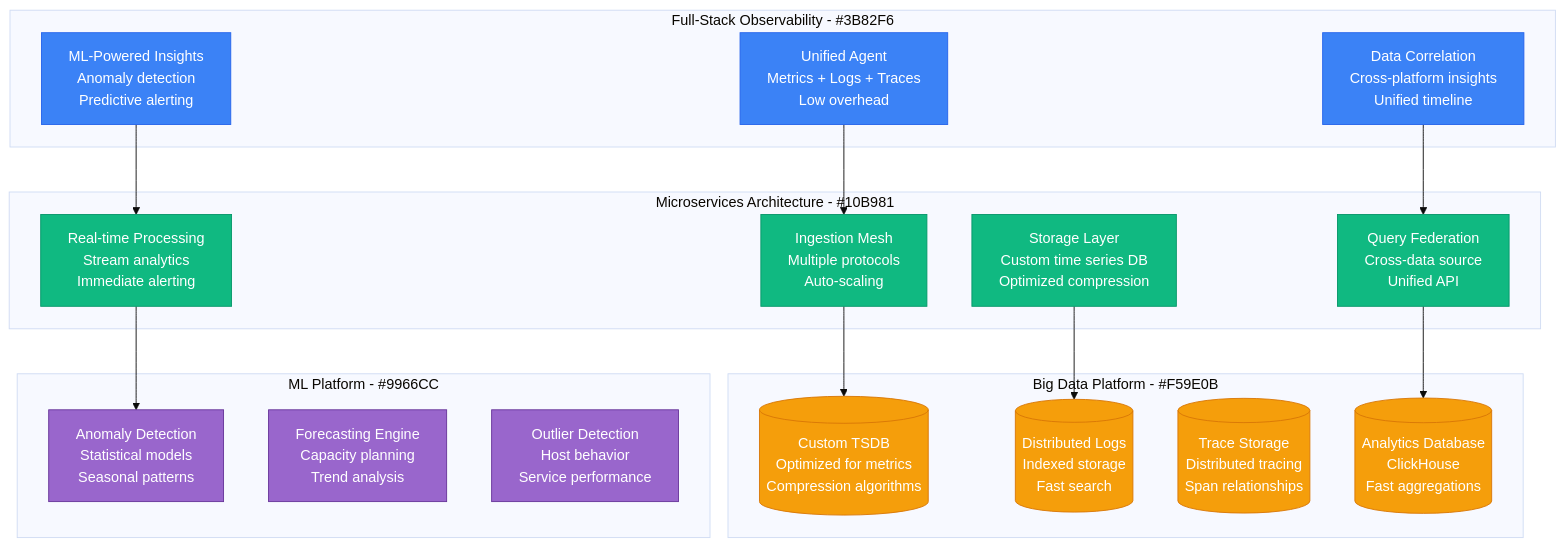
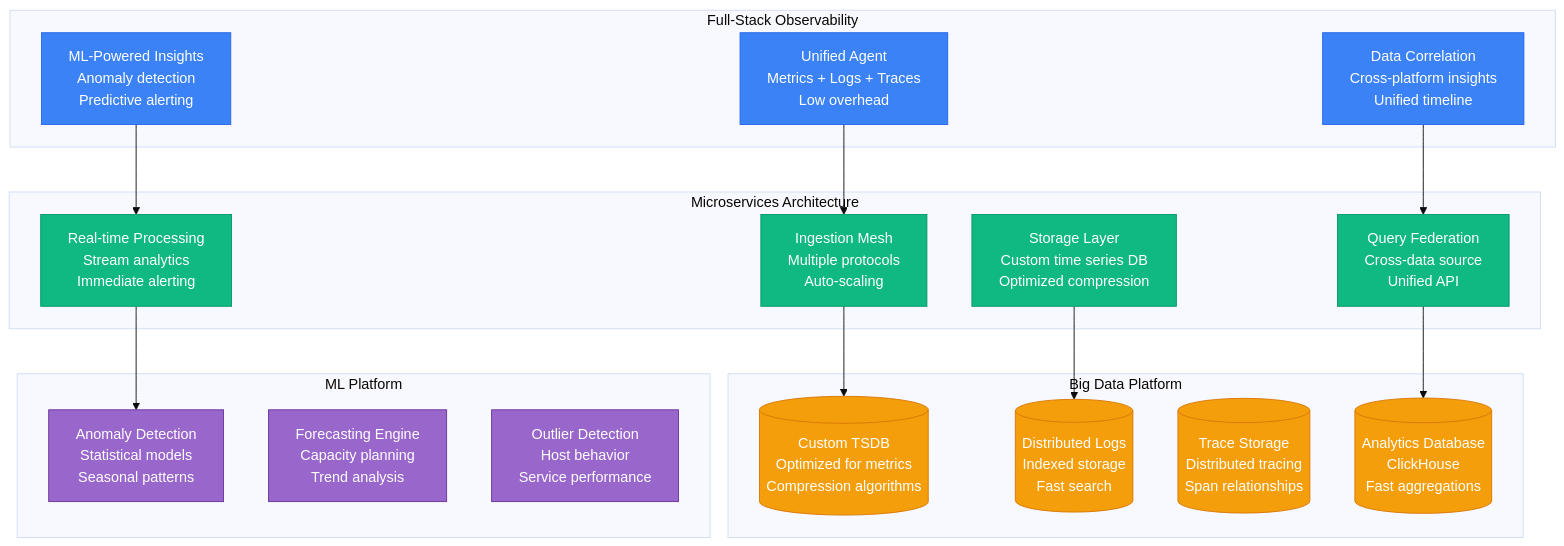
Before and after one commit to deepaucksharma/DS: the third of 3 diagrams in site/docs/scaling/datadog-scale-evolution.md, drawn with Mermaid (base theme). The commit also changed other lines of this file and 169 other files, not shown here.

````diff
--- a/site/docs/scaling/datadog-scale-evolution.md
+++ b/site/docs/scaling/datadog-scale-evolution.md
@@ -120,46 +120,46 @@
 ```mermaid
 graph TB
-    subgraph ObservabilityPlatform[Full-Stack Observability - #3B82F6]
+    subgraph ObservabilityPlatform["Full-Stack Observability"]
         UNIFIED_AGENT[Unified Agent<br/>Metrics + Logs + Traces<br/>Low overhead]
         CORRELATION[Data Correlation<br/>Cross-platform insights<br/>Unified timeline]
         ML_INSIGHTS[ML-Powered Insights<br/>Anomaly detection<br/>Predictive alerting]
     end
 
-    subgraph MicroservicesArch[Microservices Architecture - #10B981]
+    subgraph MicroservicesArch["Microservices Architecture"]
         INGESTION_MESH[Ingestion Mesh<br/>Multiple protocols<br/>Auto-scaling]
         STORAGE_LAYER[Storage Layer<br/>Custom time series DB<br/>Optimized compression]
         QUERY_FEDERATION[Query Federation<br/>Cross-data source<br/>Unified API]
         REAL_TIME[Real-time Processing<br/>Stream analytics<br/>Immediate alerting]
     end
 
-    subgraph BigDataPlatform[Big Data Platform - #F59E0B]
+    subgraph BigDataPlatform["Big Data Platform"]
         TIME_SERIES_DB[(Custom TSDB<br/>Optimized for metrics<br/>Compression algorithms)]
         DISTRIBUTED_LOGS[(Distributed Logs<br/>Indexed storage<br/>Fast search)]
         TRACE_STORAGE[(Trace Storage<br/>Distributed tracing<br/>Span relationships)]
         ANALYTICS_DB[(Analytics Database<br/>ClickHouse<br/>Fast aggregations)]
     end
 
-    subgraph MLPlatform[ML Platform - #9966CC]
+    subgraph MLPlatform["ML Platform"]
         ANOMALY_DETECTION[Anomaly Detection<br/>Statistical models<br/>Seasonal patterns]
         FORECASTING[Forecasting Engine<br/>Capacity planning<br/>Trend analysis]
         OUTLIER_DETECTION[Outlier Detection<br/>Host behavior<br/>Service performance]
     end
 
     UNIFIED_AGENT --> INGESTION_MESH
     CORRELATION --> QUERY_FEDERATION
     ML_INSIGHTS --> REAL_TIME
     INGESTION_MESH --> TIME_SERIES_DB
     STORAGE_LAYER --> DISTRIBUTED_LOGS
     QUERY_FEDERATION --> ANALYTICS_DB
     REAL_TIME --> ANOMALY_DETECTION
 
     classDef observabilityStyle fill:#3B82F6,stroke:#2563EB,color:#fff
     classDef archStyle fill:#10B981,stroke:#059669,color:#fff
     classDef dataStyle fill:#F59E0B,stroke:#D97706,color:#fff
     classDef mlStyle fill:#9966CC,stroke:#663399,color:#fff
 
     class UNIFIED_AGENT,CORRELATION,ML_INSIGHTS observabilityStyle
     class INGESTION_MESH,STORAGE_LAYER,QUERY_FEDERATION,REAL_TIME archStyle
     class TIME_SERIES_DB,DISTRIBUTED_LOGS,TRACE_STORAGE,ANALYTICS_DB dataStyle
     class ANOMALY_DETECTION,FORECASTING,OUTLIER_DETECTION mlStyle
 ```
````
